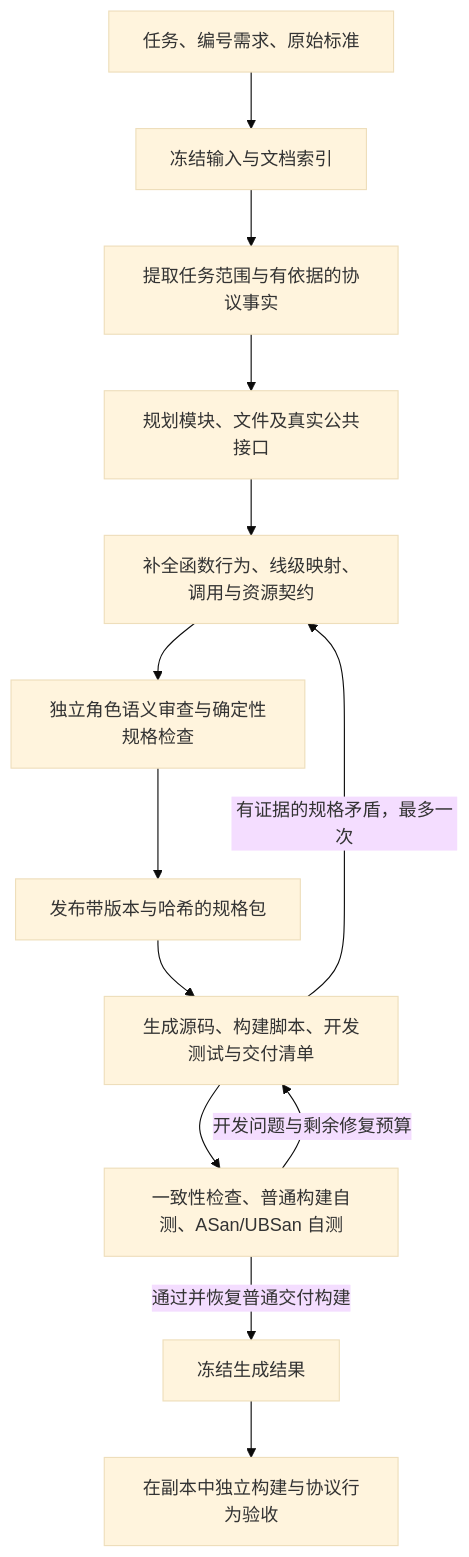
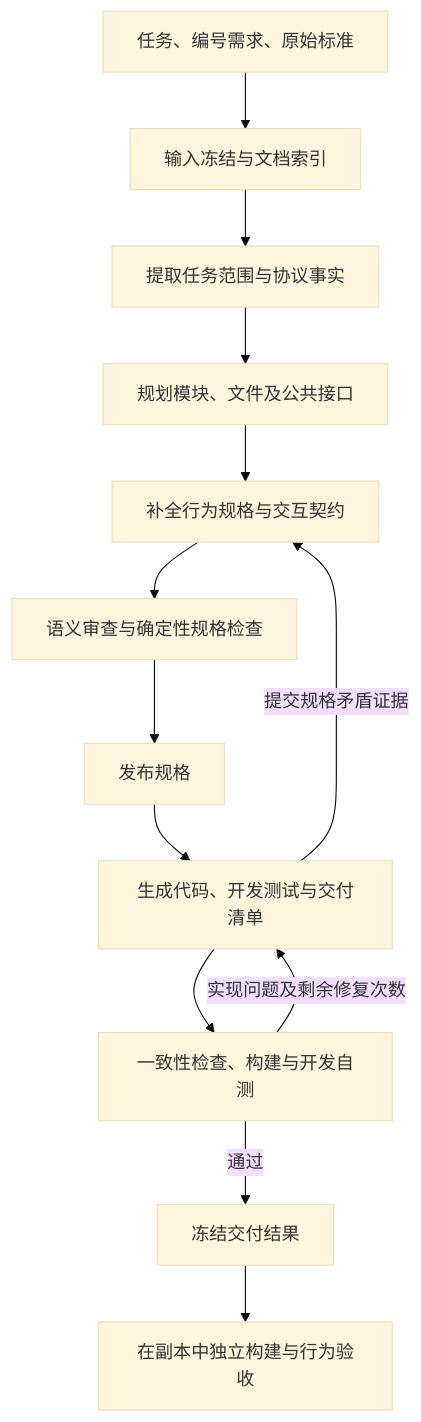
The diagram in PROJECT_OVERVIEW.md (Assassin187/SpecForge), drawn with Mermaid (base theme) before and after one commit. The commit also changed other lines of this file and 1 other file, not shown here.

````diff
--- a/PROJECT_OVERVIEW.md
+++ b/PROJECT_OVERVIEW.md
@@ -41,15 +23,15 @@
 ```mermaid
 flowchart TD
-    A[任务、编号需求、原始标准] --> B[冻结输入与文档索引]
-    B --> C[提取任务范围与有依据的协议事实]
-    C --> D[规划模块、文件及真实公共接口]
-    D --> E[补全函数行为、线级映射、调用与资源契约]
-    E --> F[独立角色语义审查与确定性规格检查]
-    F --> G[发布带版本与哈希的规格包]
-    G --> H[生成源码、构建脚本、开发测试与交付清单]
-    H --> I[一致性检查、普通构建自测、ASan/UBSan 自测]
-    I -->|开发问题与剩余修复预算| H
-    H -->|有证据的规格矛盾，最多一次| E
-    I -->|通过并恢复普通交付构建| J[冻结生成结果]
-    J --> K[在副本中独立构建与协议行为验收]
+    A[任务、编号需求、原始标准] --> B[输入冻结与文档索引]
+    B --> C[提取任务范围与协议事实]
+    C --> D[规划模块、文件及公共接口]
+    D --> E[补全行为规格与交互契约]
+    E --> F[语义审查与确定性规格检查]
+    F --> G[发布规格]
+    G --> H[生成代码、开发测试与交付清单]
+    H --> I[一致性检查、构建与开发自测]
+    I -->|实现问题及剩余修复次数| H
+    H -->|提交规格矛盾证据| E
+    I -->|通过| J[冻结交付结果]
+    J --> K[在副本中独立构建与行为验收]
 ```
````
